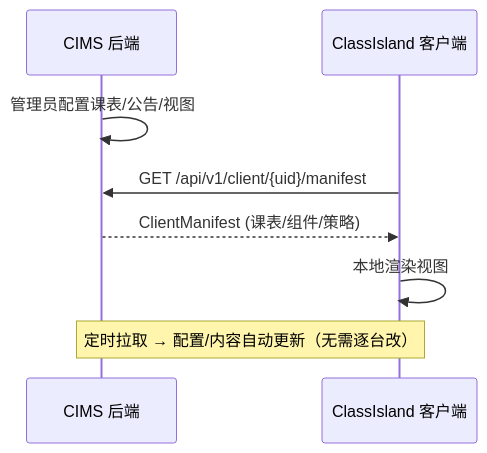
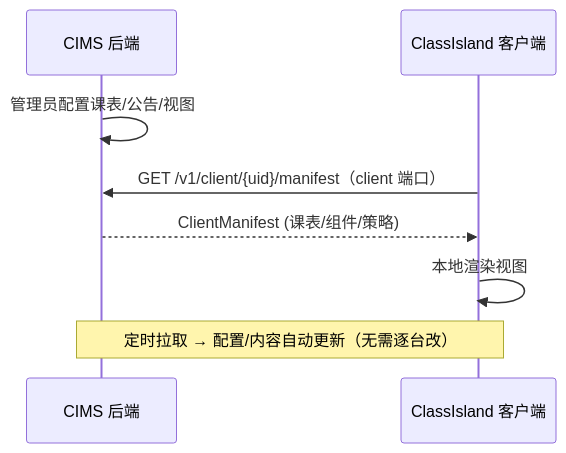
One commit to WuMengAA/CIMS-Next changed the second of 6 diagrams in architecture/架构图.md. Above: the diagram before and after it, drawn with Mermaid. The commit also changed other lines of this file and 7 other files, not shown here.

````diff
--- a/architecture/架构图.md
+++ b/architecture/架构图.md
@@ -40,10 +53,10 @@
 ```mermaid
 sequenceDiagram
     participant CIMS as CIMS 后端
     participant Client as ClassIsland 客户端
     CIMS->>CIMS: 管理员配置课表/公告/视图
-    Client->>CIMS: GET /api/v1/client/{uid}/manifest
+    Client->>CIMS: GET /v1/client/{uid}/manifest（client 端口）
     CIMS-->>Client: ClientManifest (课表/组件/策略)
     Client->>Client: 本地渲染视图
     Note over CIMS,Client: 定时拉取 → 配置/内容自动更新（无需逐台改）
 ```
````
